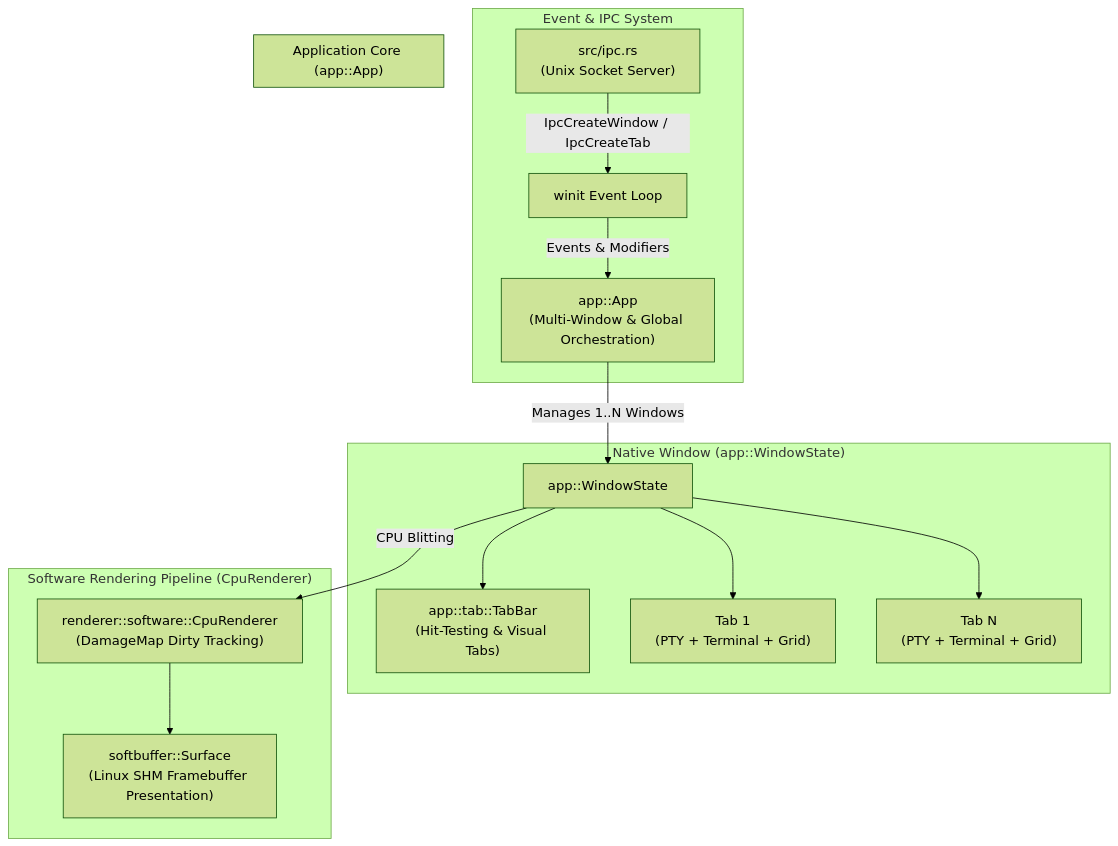
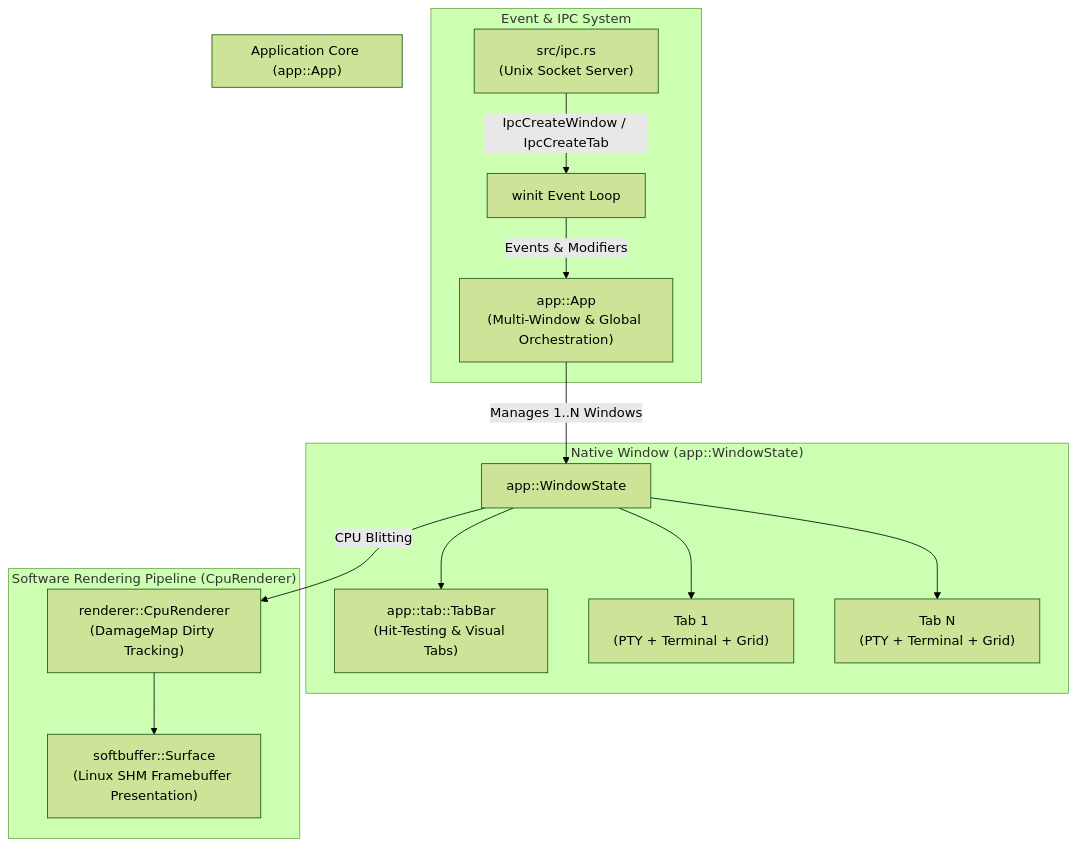
One commit to lnoxsian/Velox changed the first of 3 diagrams in docs/ARCHITECTURE.md. Above: the diagram before and after it, drawn with Mermaid (forest theme). The commit also changed other lines of this file and 18 other files, not shown here.

````diff
--- a/docs/ARCHITECTURE.md
+++ b/docs/ARCHITECTURE.md
@@ -21,32 +21,32 @@
 ```mermaid
 flowchart TD
     subgraph EventSystem["Event & IPC System"]
         Winit["winit Event Loop"]
         IPC["src/ipc.rs<br/>(Unix Socket Server)"]
         Winit -->|Events & Modifiers| App
         IPC -->|IpcCreateWindow / IpcCreateTab| Winit
     end
 
     subgraph AppCore["Application Core (app::App)"]
         App["app::App<br/>(Multi-Window & Global Orchestration)"]
     end
 
     subgraph WindowInstance["Native Window (app::WindowState)"]
         WS["app::WindowState"]
         TabBar["app::tab::TabBar<br/>(Hit-Testing & Visual Tabs)"]
         Tab1["Tab 1<br/>(PTY + Terminal + Grid)"]
         TabN["Tab N<br/>(PTY + Terminal + Grid)"]
         WS --> TabBar
         WS --> Tab1
         WS --> TabN
     end
 
     subgraph SoftwareRendering["Software Rendering Pipeline (CpuRenderer)"]
-        SoftRenderer["renderer::software::CpuRenderer<br/>(DamageMap Dirty Tracking)"]
+        SoftRenderer["renderer::CpuRenderer<br/>(DamageMap Dirty Tracking)"]
         SoftSurface["softbuffer::Surface<br/>(Linux SHM Framebuffer Presentation)"]
         SoftRenderer --> SoftSurface
     end
 
     App -->|Manages 1..N Windows| WS
     WS -->|CPU Blitting| SoftRenderer
 ```
````
